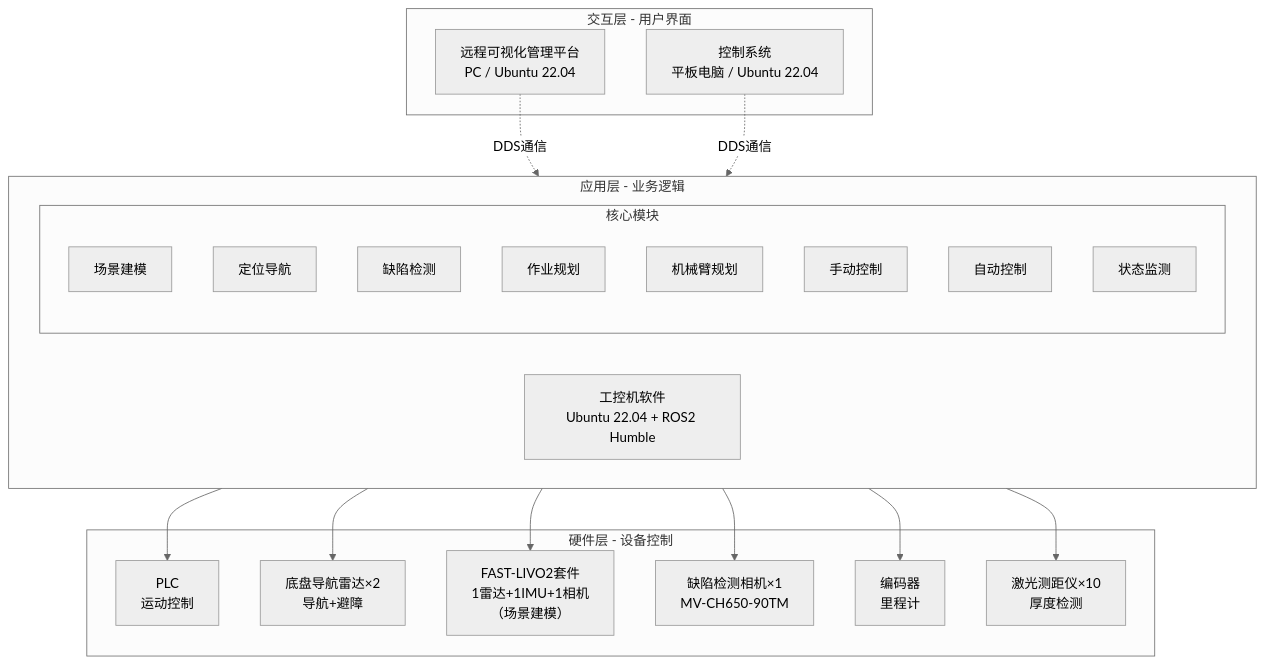
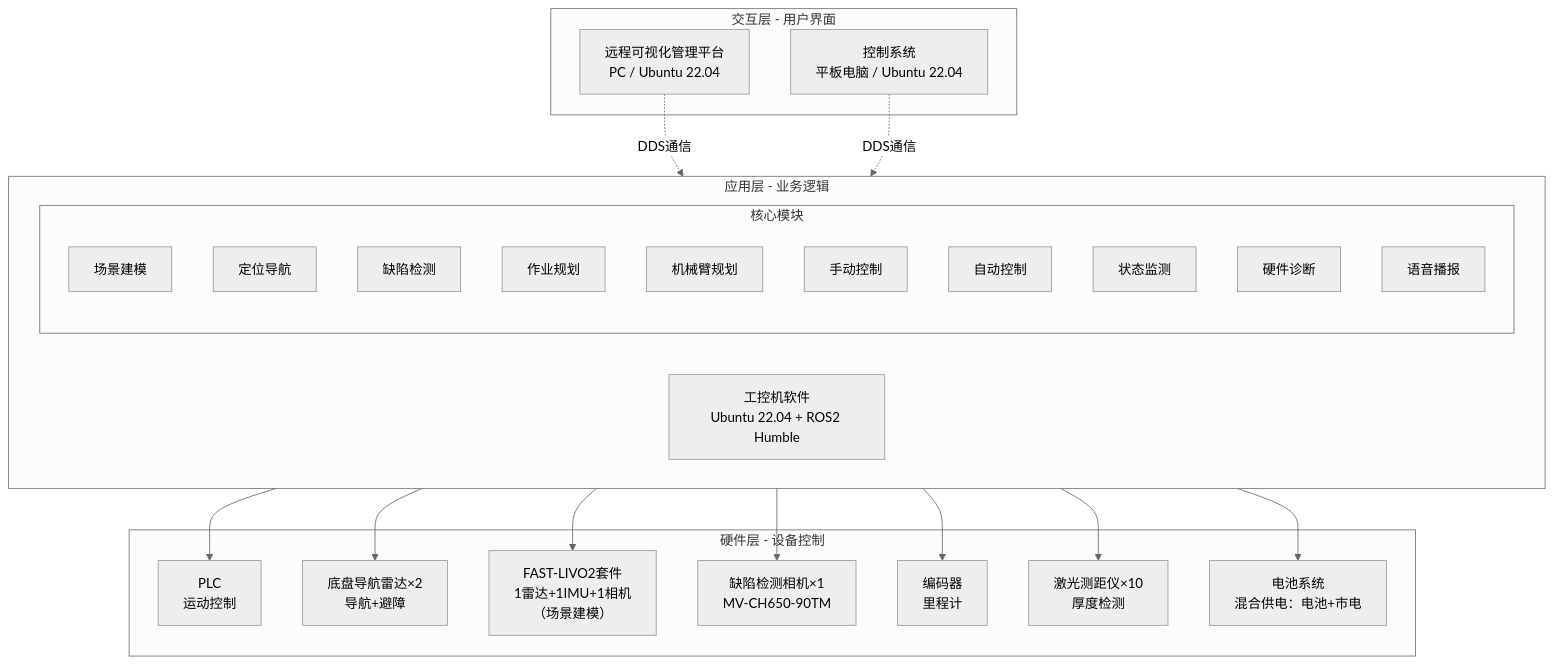
The first of 15 diagrams in docs/03_系统架构设计.md (wsxq2/epoxybot), drawn with Mermaid (neutral theme) before and after one commit. The commit also changed other lines of this file and 4 other files, not shown here.

````diff
--- a/docs/03_系统架构设计.md
+++ b/docs/03_系统架构设计.md
@@ -11,42 +20,46 @@
 ```mermaid
 graph TB
     subgraph "交互层 - 用户界面"
         UI1[远程可视化管理平台<br/>PC / Ubuntu 22.04]
         UI2[控制系统<br/>平板电脑 / Ubuntu 22.04]
     end
     
     subgraph "应用层 - 业务逻辑"
         direction LR
         APP[工控机软件<br/>Ubuntu 22.04 + ROS2 Humble]
         
         subgraph "核心模块"
             M1[场景建模]
             M2[定位导航]
             M3[缺陷检测]
             M4[作业规划]
             M5[机械臂规划]
             M6[手动控制]
             M7[自动控制]
             M8[状态监测]
+            M9[硬件诊断]
+            M10[语音播报]
         end
     end
     
     subgraph "硬件层 - 设备控制"
         HW1[PLC<br/>运动控制]
         HW2[底盘导航雷达×2<br/>导航+避障]
         HW2B[FAST-LIVO2套件<br/>1雷达+1IMU+1相机<br/>（场景建模）]
         HW3[缺陷检测相机×1<br/>MV-CH650-90TM]
         HW4[编码器<br/>里程计]
         HW5[激光测距仪×10<br/>厚度检测]
+        HW6[电池系统<br/>混合供电：电池+市电]
     end
     
     UI1 -.DDS通信.-> APP
     UI2 -.DDS通信.-> APP
     
     APP --> HW1
     APP --> HW2
     APP --> HW2B
     APP --> HW3
     APP --> HW4
     APP --> HW5
+    APP --> HW6
 ```
````
